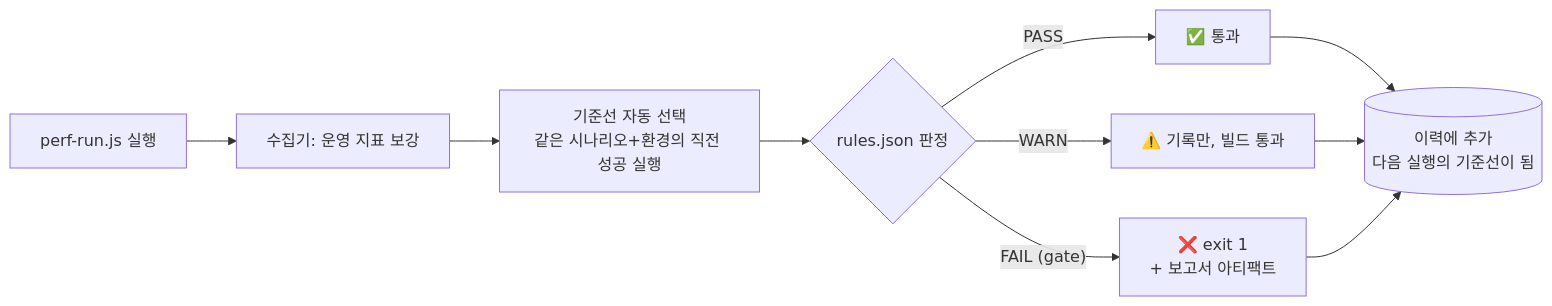
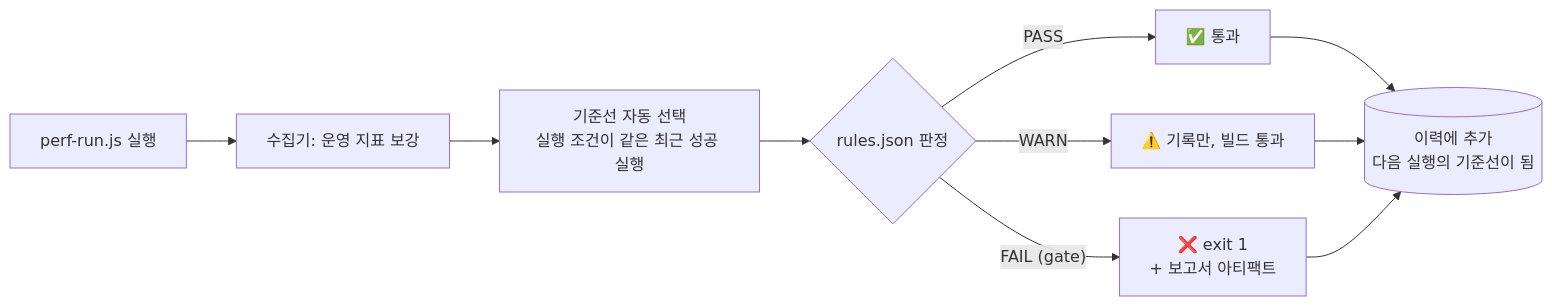
One commit to JangHyeok2909/highteenday-backend changed the diagram in performance/regression/README.md. Above: the diagram before and after it, drawn with Mermaid. The commit also changed other lines of this file and 10 other files, not shown here.

````diff
--- a/performance/regression/README.md
+++ b/performance/regression/README.md
@@ -20,12 +20,12 @@
 ```mermaid
 flowchart LR
     R[perf-run.js 실행] --> C[수집기: 운영 지표 보강]
-    C --> B["기준선 자동 선택<br/>같은 시나리오+환경의 직전 성공 실행"]
+    C --> B["기준선 자동 선택<br/>실행 조건이 같은 최근 성공 실행"]
     B --> J{rules.json 판정}
     J -->|PASS| OK["✅ 통과"]
     J -->|WARN| W["⚠️ 기록만, 빌드 통과"]
     J -->|"FAIL (gate)"| F["❌ exit 1<br/>+ 보고서 아티팩트"]
     OK --> H[(이력에 추가<br/>다음 실행의 기준선이 됨)]
     W --> H
     F --> H
 ```
````
